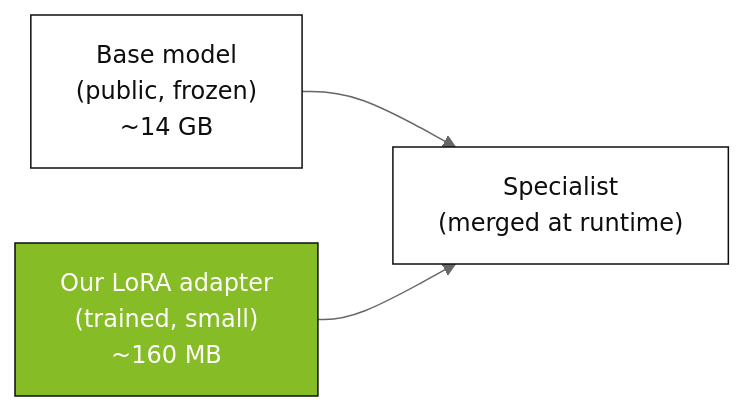
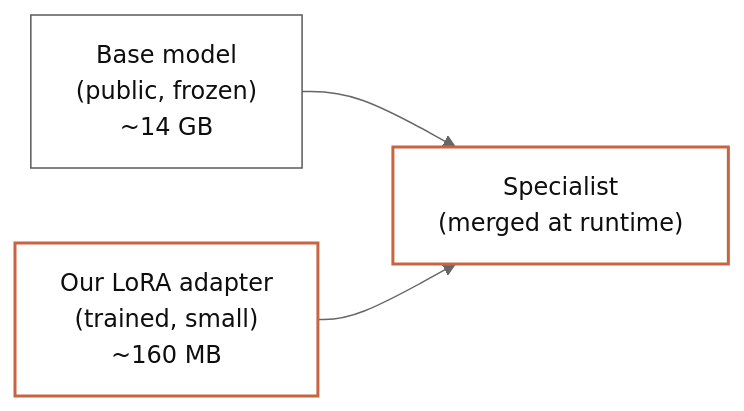
The fifth of 6 diagrams in presentation/slides.md (DanielRegaladoUMiami/sql-agent-llmops), drawn with Mermaid (neutral theme) before and after one commit. The commit also changed other lines of this file, not shown here.

Commit message:
Update slides: project amber accent (#C96442) instead of Deloitte green; add clickable links throughout

````diff
--- a/presentation/slides.md
+++ b/presentation/slides.md
@@ -616,15 +556,14 @@
 ```mermaid
 flowchart LR
   B["Base model<br/>(public, frozen)<br/>~14 GB"]
   L["Our LoRA adapter<br/>(trained, small)<br/>~160 MB"]
   M["Specialist<br/>(merged at runtime)"]
 
   B --> M
   L --> M
 
-  classDef node fill:#FFFFFF,stroke:#0E0E0E,color:#0E0E0E
-  classDef accent fill:#86BC25,stroke:#0E0E0E,color:#FFFFFF
-  class B node
+  classDef node fill:#FFFFFF,stroke:#5A5A5A,color:#0E0E0E
+  classDef accent fill:#FFFFFF,stroke:#C96442,color:#0E0E0E,stroke-width:2px
   class L accent
-  class M node
+  class M accent
 ```
````
